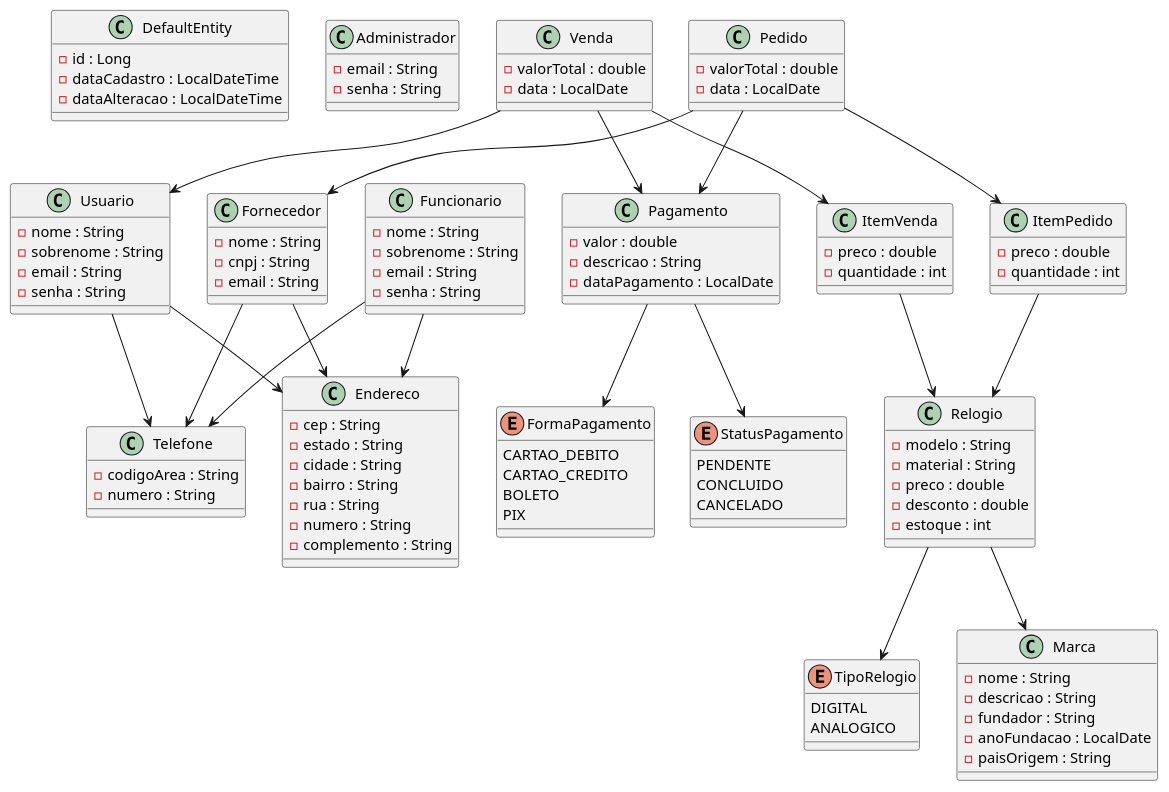
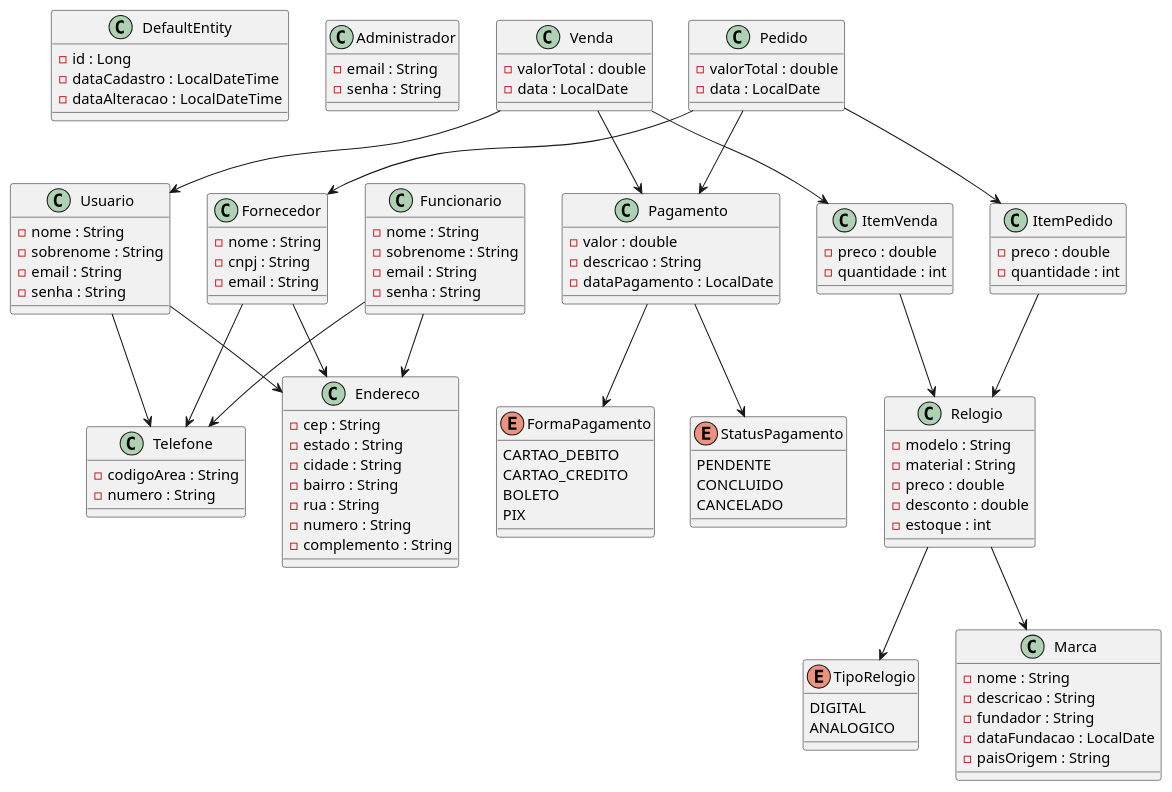
Before and after one commit to leonardo-brasil/quarkus-ecommerce-relogio: the diagram in docs/class-diagram/classes.plantuml, drawn with PlantUML. The commit also changed 5 other files, not shown here.

```diff
--- a/docs/class-diagram/classes.plantuml
+++ b/docs/class-diagram/classes.plantuml
@@ -1,136 +1,136 @@
 @startuml classes
 
 class DefaultEntity {
     - id : Long
     - dataCadastro : LocalDateTime
     - dataAlteracao : LocalDateTime
 }
 
 class Administrador {
     - email : String
     - senha : String
 }
 
 class Usuario {
     - nome : String
     - sobrenome : String
     - email : String
     - senha : String
 }
 
 class Endereco {
     - cep : String
     - estado : String
     - cidade : String
     - bairro : String
     - rua : String
     - numero : String
     - complemento : String
 }
 
 class Relogio {
     - modelo : String
     - material : String
     - preco : double
     - desconto : double
     - estoque : int
 }
 
 enum TipoRelogio {
     DIGITAL
     ANALOGICO
 }
 
 class Marca {
     - nome : String
     - descricao : String
     - fundador : String
-    - anoFundacao : LocalDate
+    - dataFundacao : LocalDate
     - paisOrigem : String
 }
 
 class Fornecedor {
     - nome : String
     - cnpj : String
     - email : String
 }
 
 class Telefone {
     - codigoArea : String
     - numero : String
 }
 
 class Venda {
     - valorTotal : double
     - data : LocalDate
 }
 
 class ItemVenda {
     - preco : double
     - quantidade : int
 }
 
 class Pedido {
     - valorTotal : double
     - data : LocalDate
 }
 
 class ItemPedido {
     - preco : double
     - quantidade : int
 }
 
 class Funcionario {
     - nome : String
     - sobrenome : String
     - email : String
     - senha : String
 }
 
 class Pagamento {
     - valor : double
     - descricao : String
     - dataPagamento : LocalDate
 }
 
 enum StatusPagamento {
     PENDENTE
     CONCLUIDO
     CANCELADO
 }
 
 enum FormaPagamento {
     CARTAO_DEBITO
     CARTAO_CREDITO
     BOLETO
     PIX
 }
 
 Usuario --> Telefone
 Usuario --> Endereco
 
 Funcionario --> Telefone
 Funcionario --> Endereco
 
 Fornecedor --> Telefone
 Fornecedor --> Endereco
 
 Relogio --> TipoRelogio
 Relogio --> Marca
 
 Venda --> Usuario
 Venda --> Pagamento
 Venda --> ItemVenda
 
 ItemVenda --> Relogio
 
 Pedido --> Fornecedor
 Pedido --> Pagamento
 Pedido --> ItemPedido
 
 ItemPedido --> Relogio
 
 Pagamento --> StatusPagamento
 Pagamento --> FormaPagamento
 
 @enduml
```
